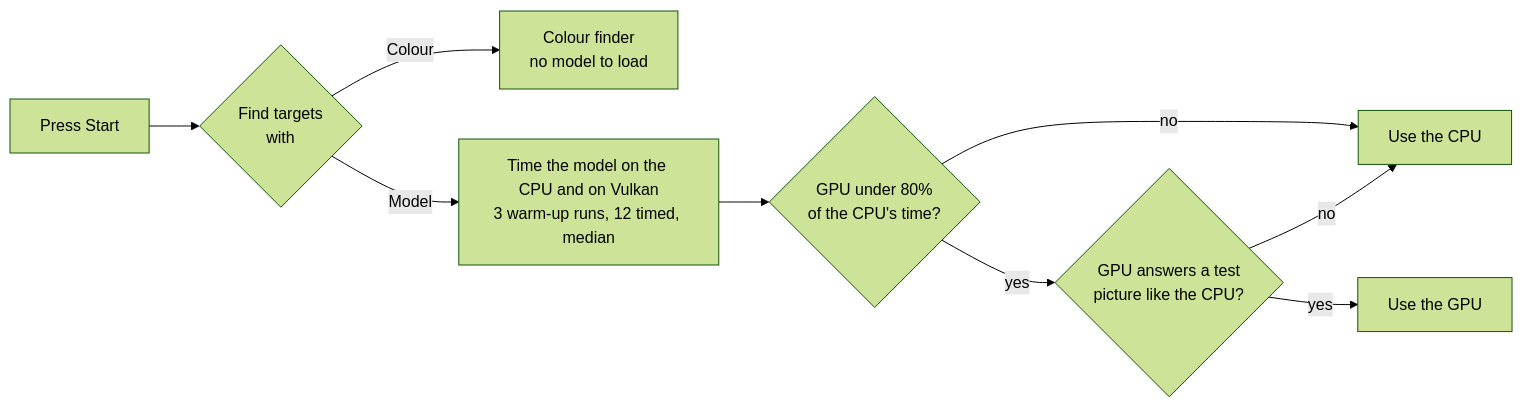
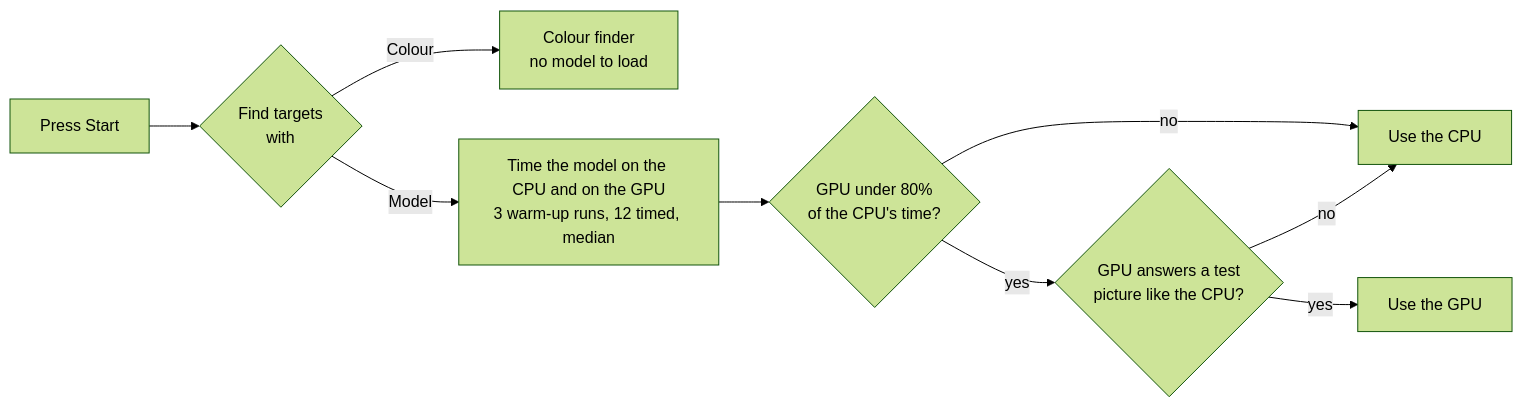
One commit to zqf20096327/ai_collect changed the seventh of 12 diagrams in data/readmes/1337Xcode__aimbuddy.md. Above: the diagram before and after it, drawn with Mermaid (forest theme). The commit also changed other lines of this file and 1896 other files, not shown here.

````diff
--- a/data/readmes/1337Xcode__aimbuddy.md
+++ b/data/readmes/1337Xcode__aimbuddy.md
@@ -333,11 +340,11 @@
 ```mermaid
 flowchart LR
     start["Press Start"] --> choice{"Find targets<br/>with"}
     choice -->|Colour| colour["Colour finder<br/>no model to load"]
-    choice -->|Model| time["Time the model on the CPU and on Vulkan<br/>3 warm-up runs, 12 timed, median"]
+    choice -->|Model| time["Time the model on the CPU and on the GPU<br/>3 warm-up runs, 12 timed, median"]
     time --> faster{"GPU under 80%<br/>of the CPU's time?"}
     faster -->|no| cpu["Use the CPU"]
     faster -->|yes| agree{"GPU answers a test<br/>picture like the CPU?"}
     agree -->|no| cpu
     agree -->|yes| gpu["Use the GPU"]
 ```
````
